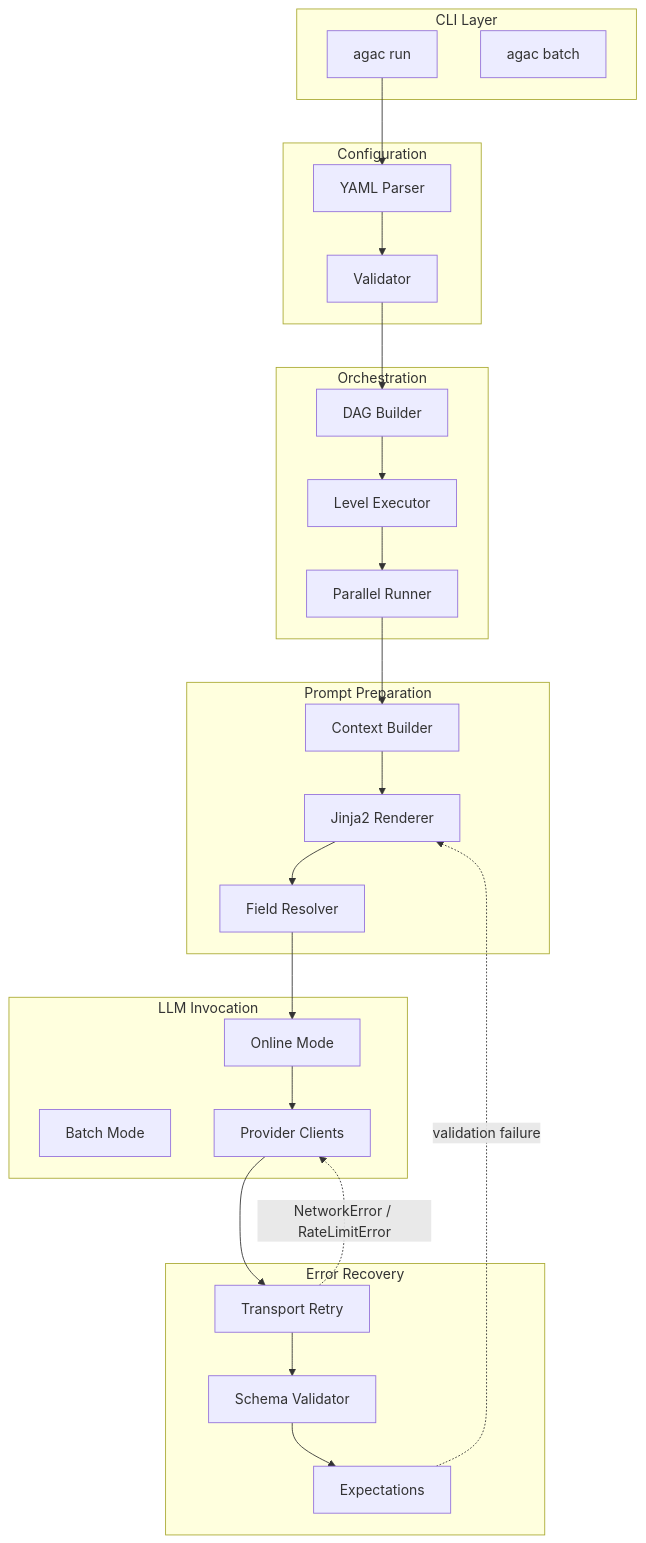
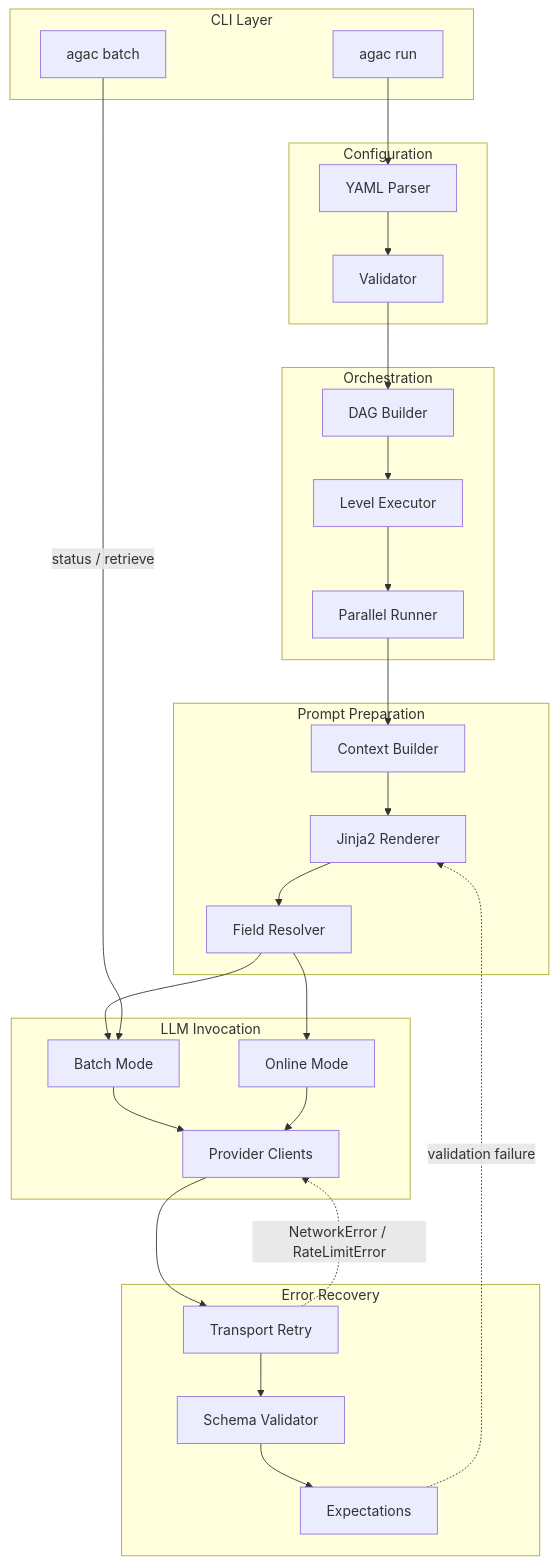
The third of 3 diagrams in docs.agent-actions/docs/reference/architecture/index.md (Muizzkolapo/agent-actions), drawn with Mermaid before and after one commit.

Commit message:
Connect the batch nodes in the component architecture diagram
The agac batch and Batch Mode nodes had no edges. Batch submission goes
through agac run with run_mode batch. agac batch has status and retrieve.

Fixes #1756

````diff
--- a/docs.agent-actions/docs/reference/architecture/index.md
+++ b/docs.agent-actions/docs/reference/architecture/index.md
@@ -85,45 +85,48 @@
 ```mermaid
 flowchart TB
     subgraph CLI["CLI Layer"]
         RUN["agac run"]
         BATCH["agac batch"]
     end
 
     subgraph Config["Configuration"]
         YAML["YAML Parser"]
         VALIDATE["Validator"]
     end
 
     subgraph Orchestration["Orchestration"]
         DAG["DAG Builder"]
         LEVELS["Level Executor"]
         PARALLEL["Parallel Runner"]
     end
 
     subgraph Prompt["Prompt Preparation"]
         CONTEXT["Context Builder"]
         TEMPLATE["Jinja2 Renderer"]
         REFS["Field Resolver"]
     end
 
     subgraph LLM["LLM Invocation"]
         ONLINE["Online Mode"]
         BATCHM["Batch Mode"]
         PROVIDERS["Provider Clients"]
     end
 
     subgraph Recovery["Error Recovery"]
         RETRY["Transport Retry"]
         SCHEMA["Schema Validator"]
         REPAIR["Expectations"]
     end
 
     RUN --> YAML --> VALIDATE --> DAG
     DAG --> LEVELS --> PARALLEL
     PARALLEL --> CONTEXT --> TEMPLATE
     TEMPLATE --> REFS --> ONLINE
+    REFS --> BATCHM
+    BATCHM --> PROVIDERS
+    BATCH -->|"status / retrieve"| BATCHM
     ONLINE --> PROVIDERS --> RETRY
     RETRY -.->|"NetworkError / RateLimitError"| PROVIDERS
     RETRY --> SCHEMA --> REPAIR
     REPAIR -.->|"validation failure"| TEMPLATE
 ```
````
